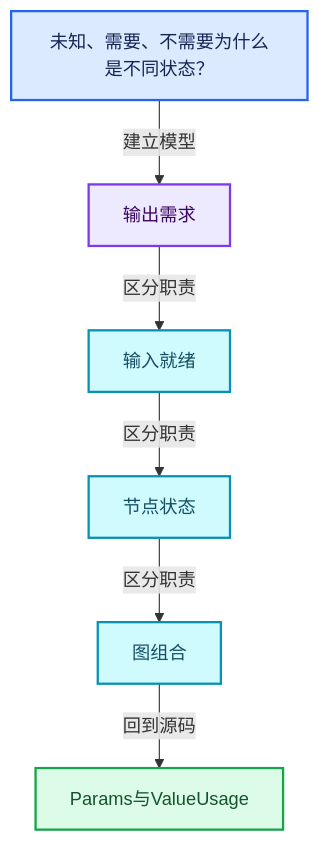
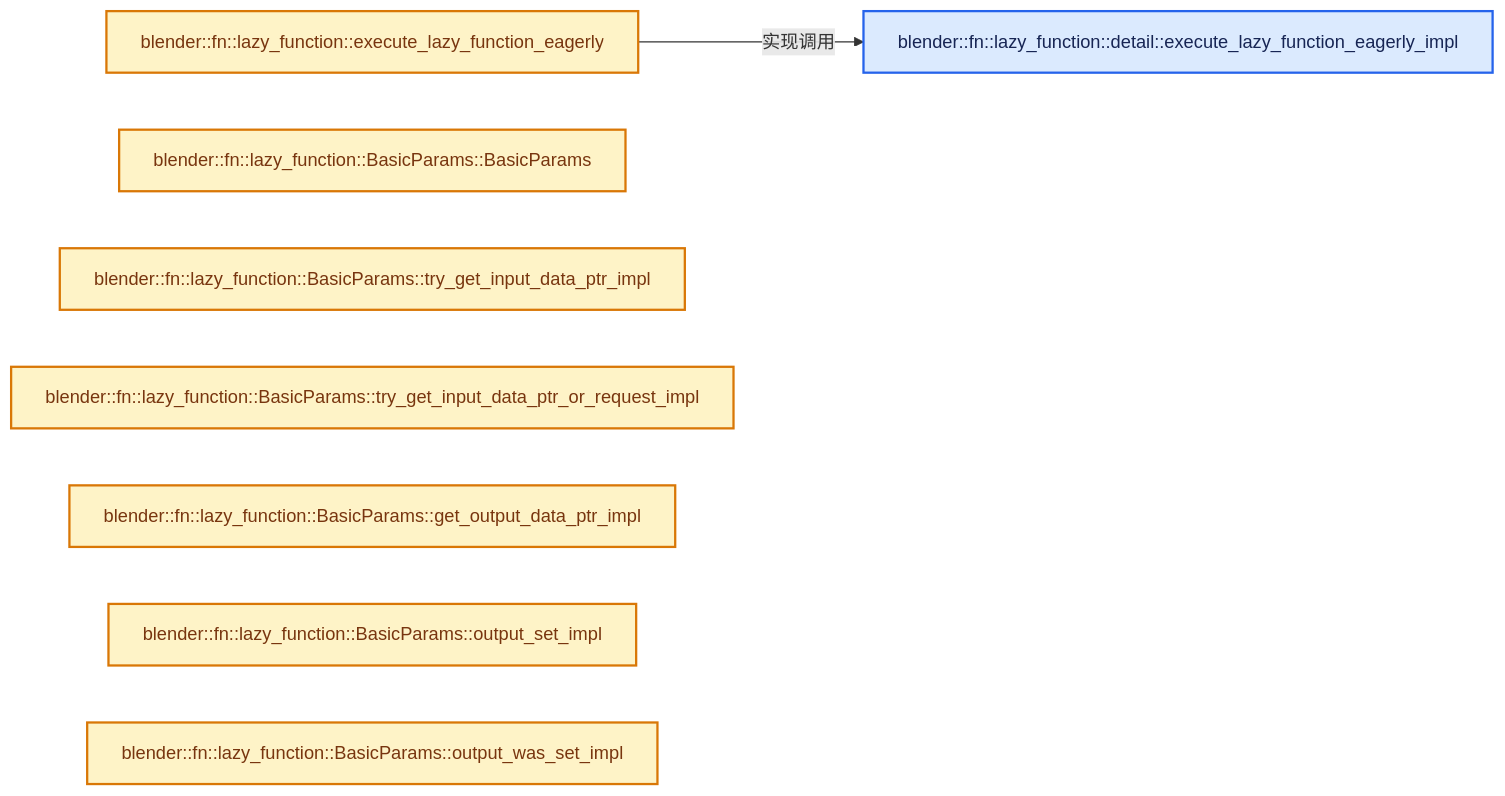
One commit to yunkezengren/blender-.vscode changed the second of 4 diagrams in 杂/markdown/全面学习-codex/09-LazyFunction与节点执行架构/03-Params与ValueUsage.md. Above: the diagram before and after it, drawn with Mermaid. The commit also changed other lines of this file and 1930 other files, not shown here.

````diff
--- a/杂/markdown/全面学习-codex/09-LazyFunction与节点执行架构/03-Params与ValueUsage.md
+++ b/杂/markdown/全面学习-codex/09-LazyFunction与节点执行架构/03-Params与ValueUsage.md
@@ -61,20 +46,18 @@
 ```mermaid
-flowchart TB
-  Q["未知、需要、不需要为什么是不同状态？"]:::input
-  C0["输出需求"]:::abstraction
-  C1["输入就绪"]:::data
-  C2["节点状态"]:::data
-  C3["图组合"]:::data
-  R["Params与ValueUsage"]:::result
-  Q -->|"建立模型"| C0
-  C0 -->|"区分职责"| C1
-  C1 -->|"区分职责"| C2
-  C2 -->|"区分职责"| C3
-  C3 -->|"回到源码"| R
+flowchart LR
+  F0["blender::fn::lazy_function::detail::execute_lazy_function_eagerly_impl"]:::input
+  F1["blender::fn::lazy_function::execute_lazy_function_eagerly"]:::compute
+  F2["blender::fn::lazy_function::BasicParams::BasicParams"]:::compute
+  F3["blender::fn::lazy_function::BasicParams::try_get_input_data_ptr_impl"]:::compute
+  F4["blender::fn::lazy_function::BasicParams::try_get_input_data_ptr_or_request_impl"]:::compute
+  F5["blender::fn::lazy_function::BasicParams::get_output_data_ptr_impl"]:::compute
+  F6["blender::fn::lazy_function::BasicParams::output_set_impl"]:::compute
+  F7["blender::fn::lazy_function::BasicParams::output_was_set_impl"]:::compute
+  F1 -->|"实现调用"| F0
   classDef input fill:#DBEAFE,stroke:#2563EB,color:#172554,stroke-width:2px;
   classDef data fill:#CFFAFE,stroke:#0891B2,color:#164E63,stroke-width:2px;
   classDef abstraction fill:#EDE9FE,stroke:#7C3AED,color:#3B0764,stroke-width:2px;
   classDef compute fill:#FEF3C7,stroke:#D97706,color:#78350F,stroke-width:2px;
   classDef result fill:#DCFCE7,stroke:#16A34A,color:#14532D,stroke-width:2px;
   classDef error fill:#FEE2E2,stroke:#DC2626,color:#7F1D1D,stroke-width:2px;
 ```
````
